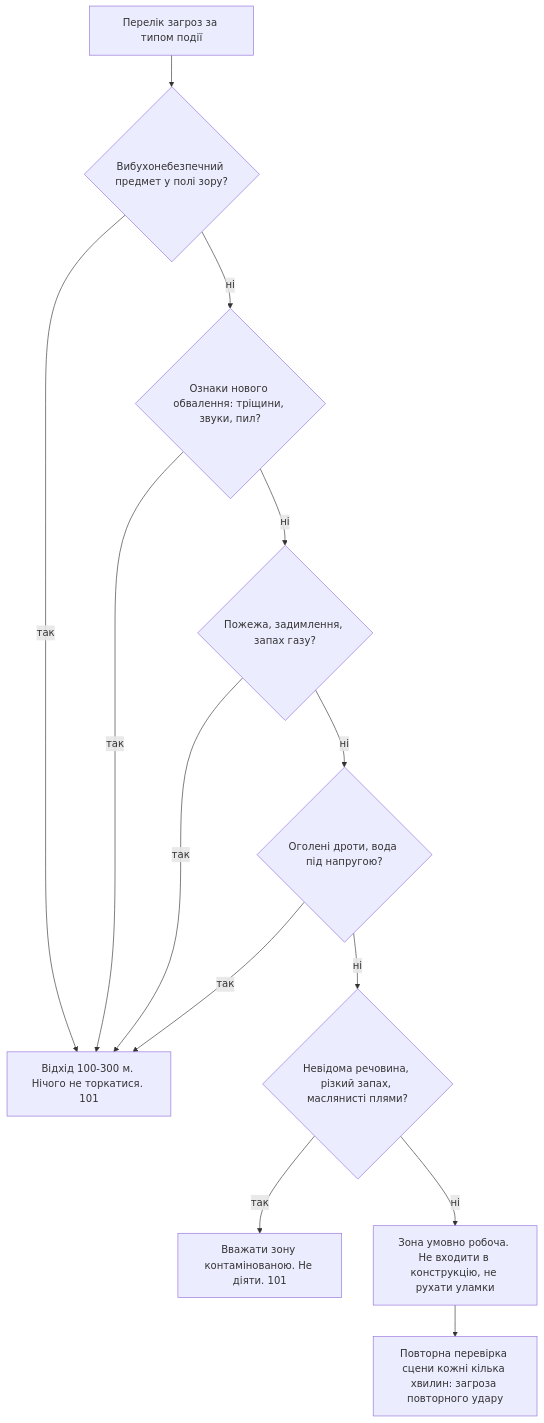
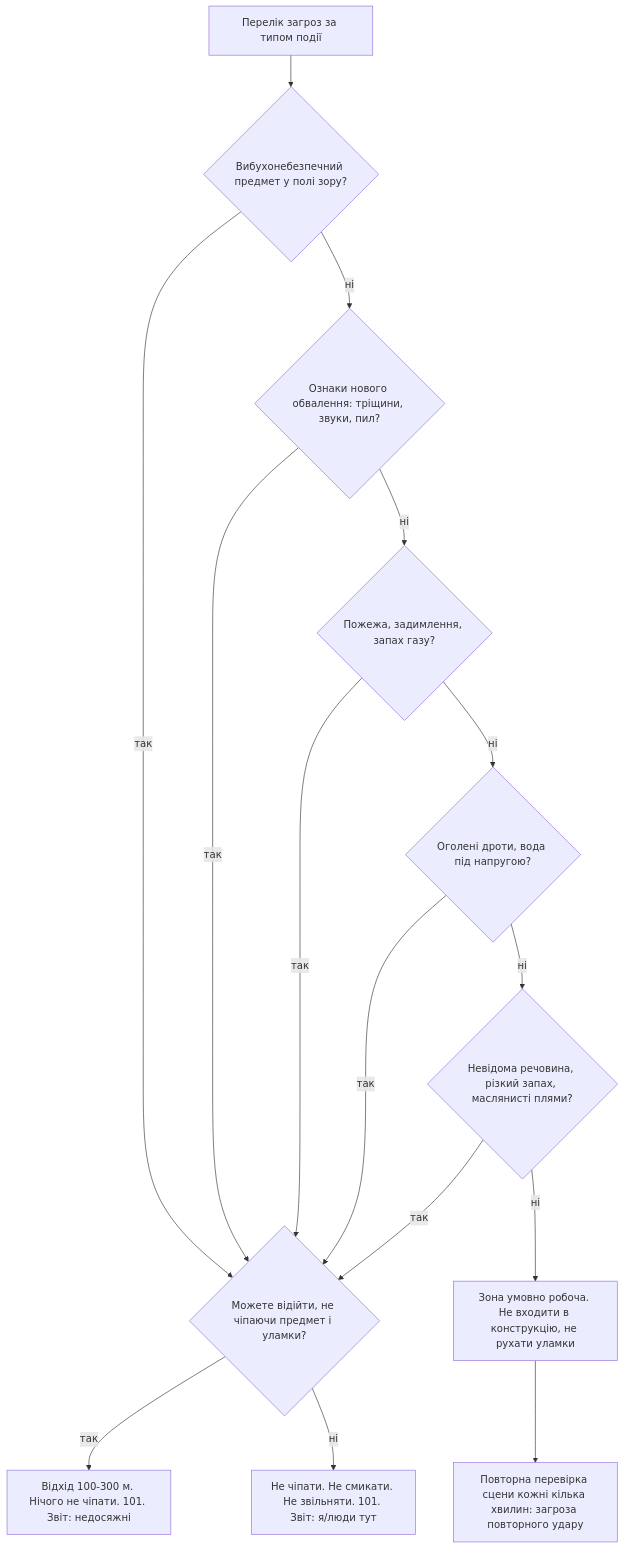
One commit to kaiserdem/ZeroEchelon changed the second of 12 diagrams in docs/04-блок-схеми.md. Above: the diagram before and after it, drawn with Mermaid. The commit also changed other lines of this file and 28 other files, not shown here.

````diff
--- a/docs/04-блок-схеми.md
+++ b/docs/04-блок-схеми.md
@@ -43,15 +46,17 @@
 ```mermaid
 flowchart TD
   A0["Перелік загроз за типом події"] --> A1{"Вибухонебезпечний предмет у полі зору?"}
-  A1 -->|"так"| Out["Відхід 100-300 м. Нічого не торкатися. 101"]
+  A1 -->|"так"| CanLeave{"Можете відійти, не чіпаючи предмет і уламки?"}
   A1 -->|"ні"| A2{"Ознаки нового обвалення: тріщини, звуки, пил?"}
-  A2 -->|"так"| Out
+  A2 -->|"так"| CanLeave
   A2 -->|"ні"| A3{"Пожежа, задимлення, запах газу?"}
-  A3 -->|"так"| Out
+  A3 -->|"так"| CanLeave
   A3 -->|"ні"| A4{"Оголені дроти, вода під напругою?"}
-  A4 -->|"так"| Out
+  A4 -->|"так"| CanLeave
   A4 -->|"ні"| A5{"Невідома речовина, різкий запах, маслянисті плями?"}
-  A5 -->|"так"| Cont["Вважати зону контамінованою. Не діяти. 101"]
+  A5 -->|"так"| CanLeave
   A5 -->|"ні"| A6["Зона умовно робоча. Не входити в конструкцію, не рухати уламки"]
+  CanLeave -->|"так"| Out["Відхід 100-300 м. Нічого не чіпати. 101. Звіт: недосяжні"]
+  CanLeave -->|"ні"| OutTrap["Не чіпати. Не смикати. Не звільняти. 101. Звіт: я/люди тут"]
   A6 --> A7["Повторна перевірка сцени кожні кілька хвилин: загроза повторного удару"]
 ```
````
